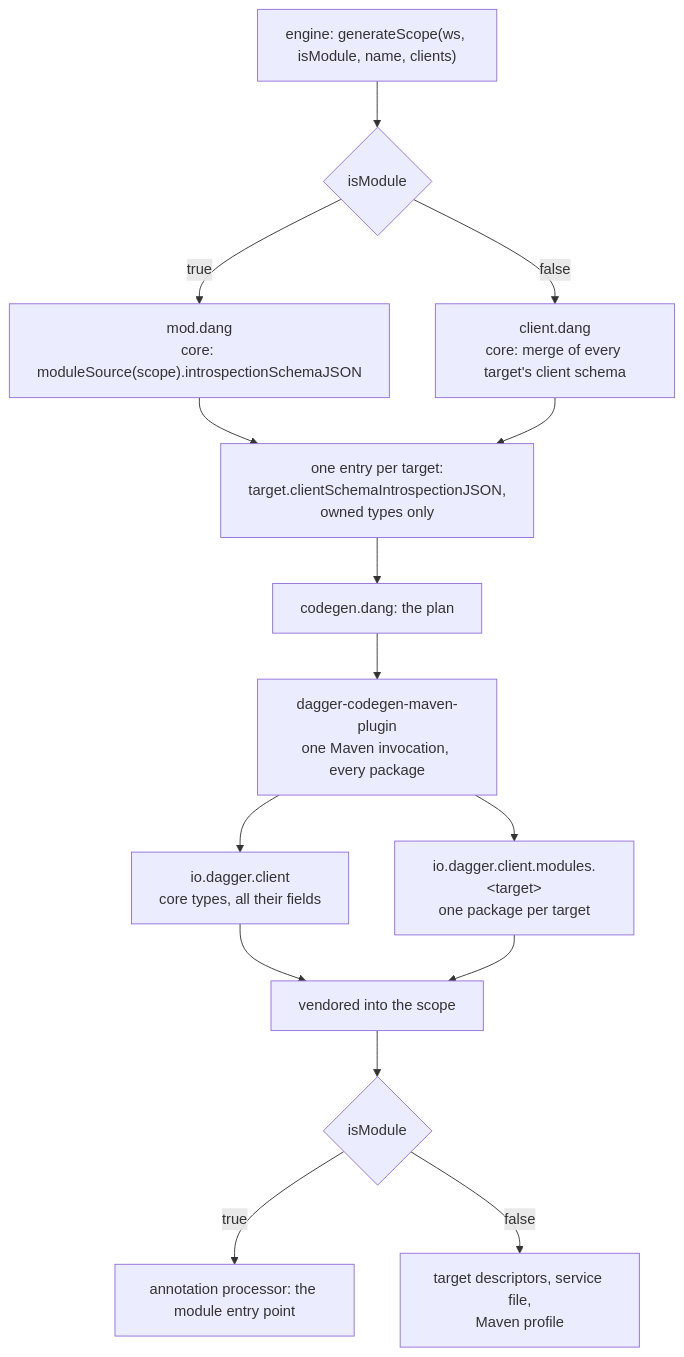
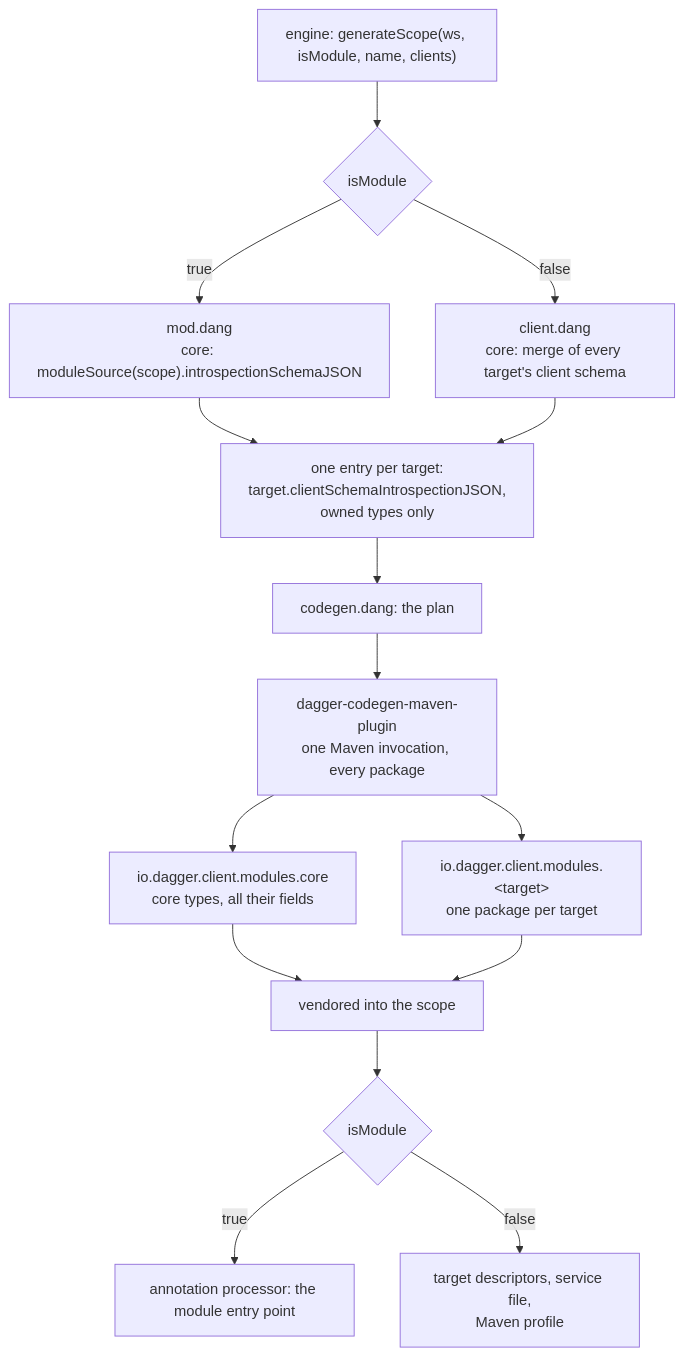
One commit to eunomie/java-sdk changed the first of 2 diagrams in hack/designs/done/2026-09-13-unified-client-generation.md. Above: the diagram before and after it, drawn with Mermaid. The commit also changed other lines of this file and 1 other file, not shown here.

First line of the commit message:
hack/designs: record core as a client package

````diff
--- a/hack/designs/done/2026-09-13-unified-client-generation.md
+++ b/hack/designs/done/2026-09-13-unified-client-generation.md
@@ -669,22 +733,22 @@
 ```mermaid
 graph TD
   E["engine: generateScope(ws, isModule, name, clients)"] --> R{isModule}
 
   R -->|true| MS["mod.dang<br/>core: moduleSource(scope).introspectionSchemaJSON"]
   R -->|false| CS["client.dang<br/>core: merge of every target's client schema"]
 
   MS --> CE
   CS --> CE
 
   CE["one entry per target:<br/>target.clientSchemaIntrospectionJSON,<br/>owned types only"] --> P["codegen.dang: the plan"]
   P --> G["dagger-codegen-maven-plugin<br/>one Maven invocation, every package"]
 
-  G --> CORE["io.dagger.client<br/>core types, all their fields"]
+  G --> CORE["io.dagger.client.modules.core<br/>core types, all their fields"]
   G --> CLI["io.dagger.client.modules.&lt;target&gt;<br/>one package per target"]
 
   CORE --> OUT
   CLI --> OUT
   OUT["vendored into the scope"] --> M2{isModule}
   M2 -->|true| EP["annotation processor: the module entry point"]
   M2 -->|false| BS["target descriptors, service file,<br/>Maven profile"]
 ```
````
